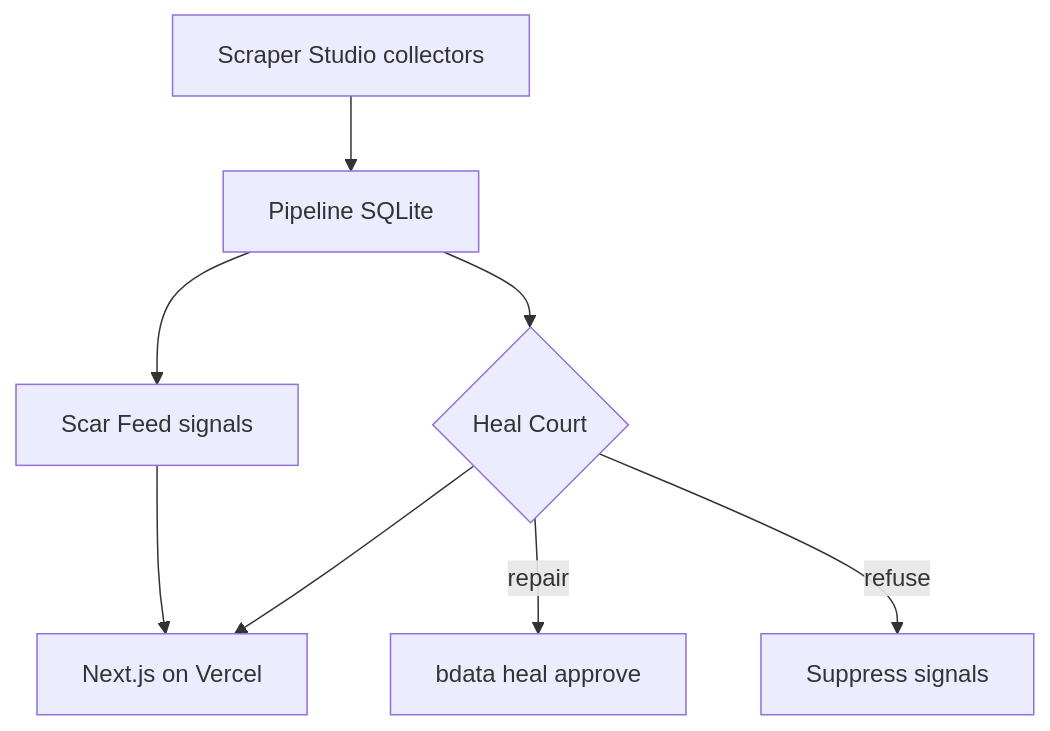
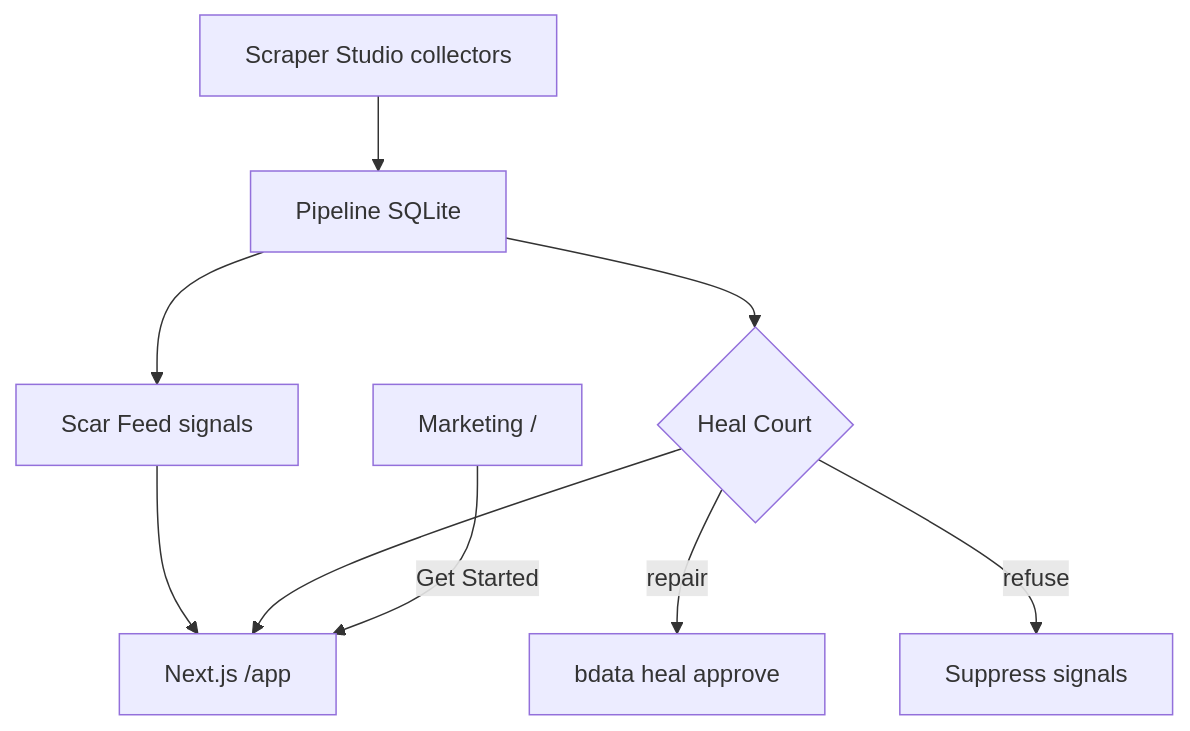
One commit to manasdutta04/wolverine-scraper changed the diagram in README.md. Above: the diagram before and after it, drawn with Mermaid. The commit also changed other lines of this file and 22 other files, not shown here.

First line of the commit message:
Split marketing landing from Scar Feed /app workspace.

````diff
--- a/README.md
+++ b/README.md
@@ -47,10 +49,11 @@
 ```mermaid
 flowchart TB
   studio[Scraper Studio collectors] --> pipe[Pipeline SQLite]
   pipe --> feed[Scar Feed signals]
   pipe --> court{Heal Court}
   court -->|repair| heal[bdata heal approve]
   court -->|refuse| quiet[Suppress signals]
-  feed --> ui[Next.js on Vercel]
-  court --> ui
+  feed --> app[Next.js /app]
+  court --> app
+  land[Marketing /] -->|Get Started| app
 ```
````
